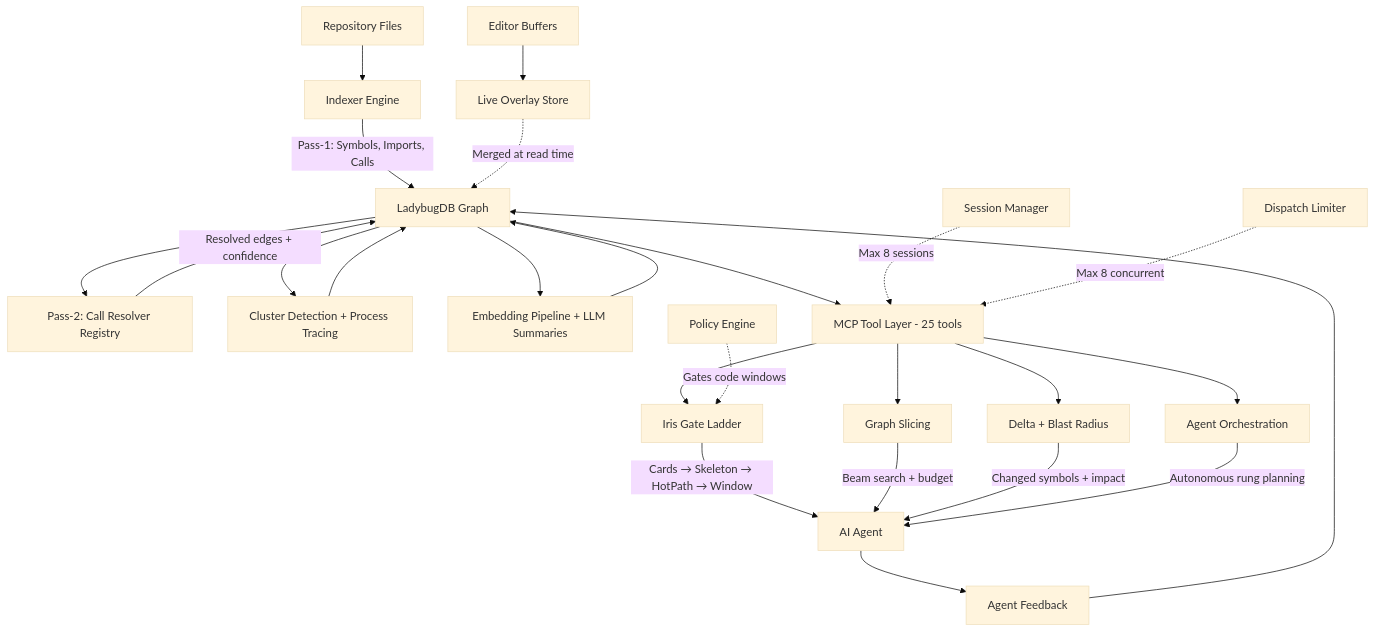
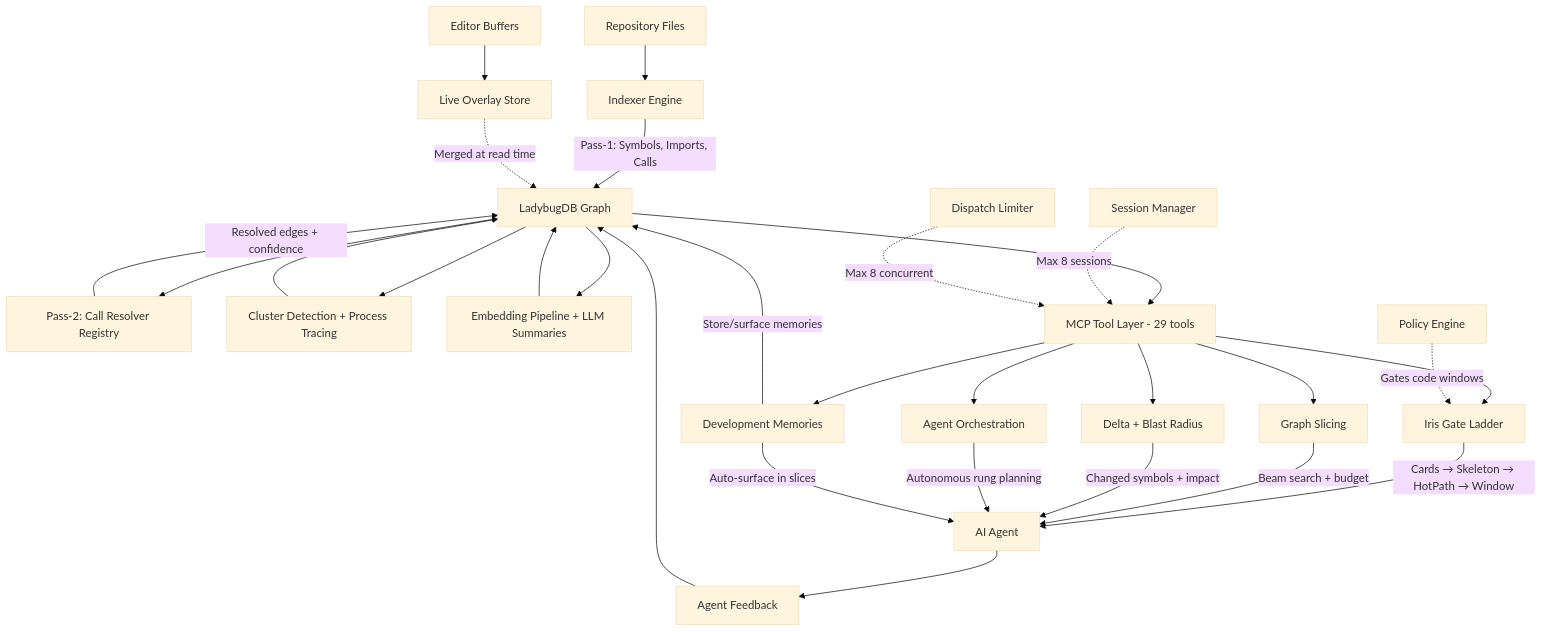
One commit to GlitterKill/sdl-mcp changed the diagram in docs/ARCHITECTURE.md. Above: the diagram before and after it, drawn with Mermaid (base theme). The commit also changed other lines of this file and 8 other files, not shown here.

````diff
--- a/docs/ARCHITECTURE.md
+++ b/docs/ARCHITECTURE.md
@@ -625,38 +641,42 @@
 ```mermaid
 graph TD
     A[Repository Files] --> B[Indexer Engine]
     B --> |Pass-1: Symbols, Imports, Calls| C[LadybugDB Graph]
 
     E[Editor Buffers] --> F[Live Overlay Store]
     F -.-> |Merged at read time| C
 
     C --> G[Pass-2: Call Resolver Registry]
     G --> |Resolved edges + confidence| C
 
     C --> H[Cluster Detection + Process Tracing]
     H --> C
 
     C --> I[Embedding Pipeline + LLM Summaries]
     I --> C
 
-    C --> J[MCP Tool Layer - 25 tools]
+    C --> J[MCP Tool Layer - 29 tools]
 
     J --> K[Iris Gate Ladder]
     K --> |Cards → Skeleton → HotPath → Window| L[AI Agent]
 
     J --> M[Graph Slicing]
     M --> |Beam search + budget| L
 
     J --> N[Delta + Blast Radius]
     N --> |Changed symbols + impact| L
 
     J --> O[Agent Orchestration]
     O --> |Autonomous rung planning| L
 
     L --> P[Agent Feedback]
     P --> C
 
+    J --> T[Development Memories]
+    T --> |Store/surface memories| C
+    T --> |Auto-surface in slices| L
+
     Q[Policy Engine] -.-> |Gates code windows| K
     R[Session Manager] -.-> |Max 8 sessions| J
     S[Dispatch Limiter] -.-> |Max 8 concurrent| J
 ```
````
